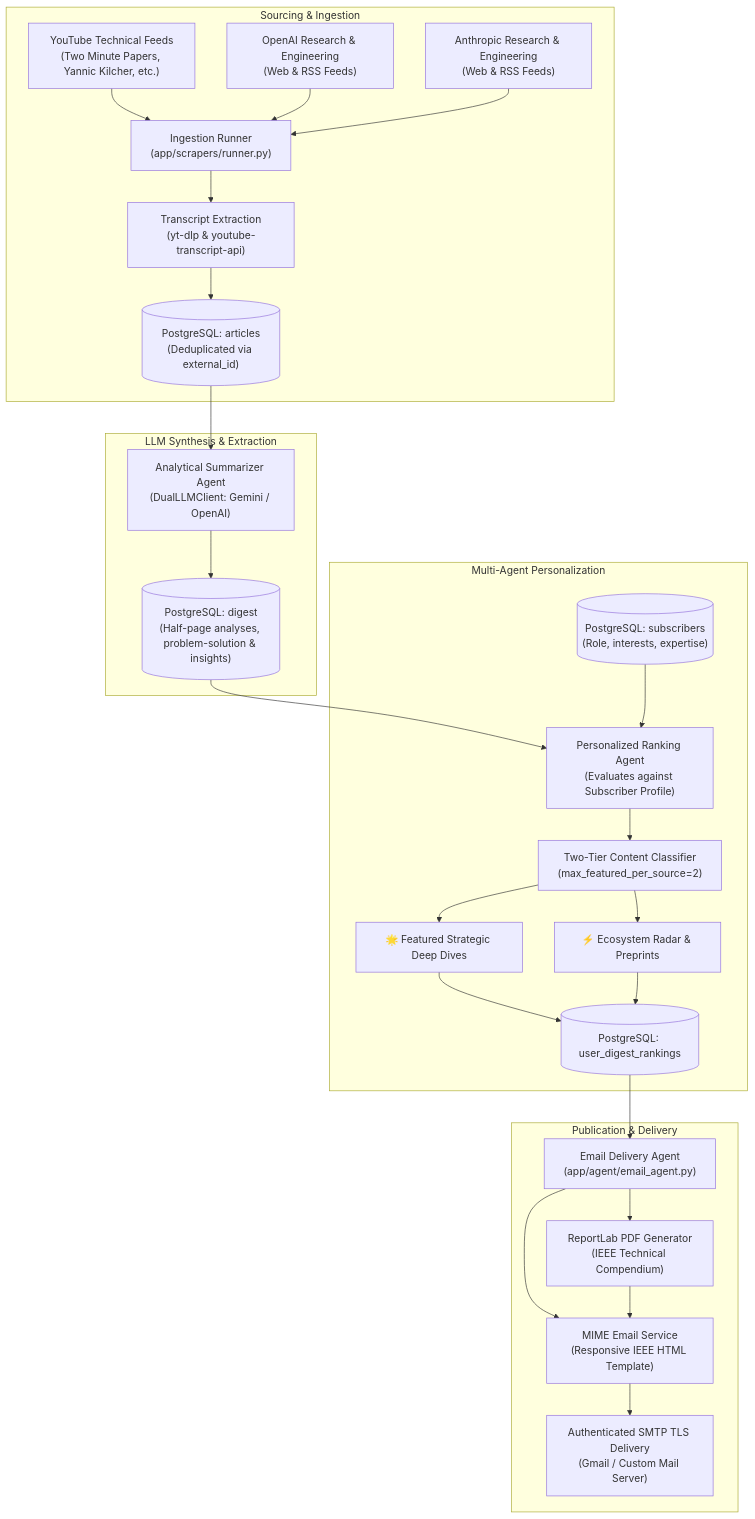
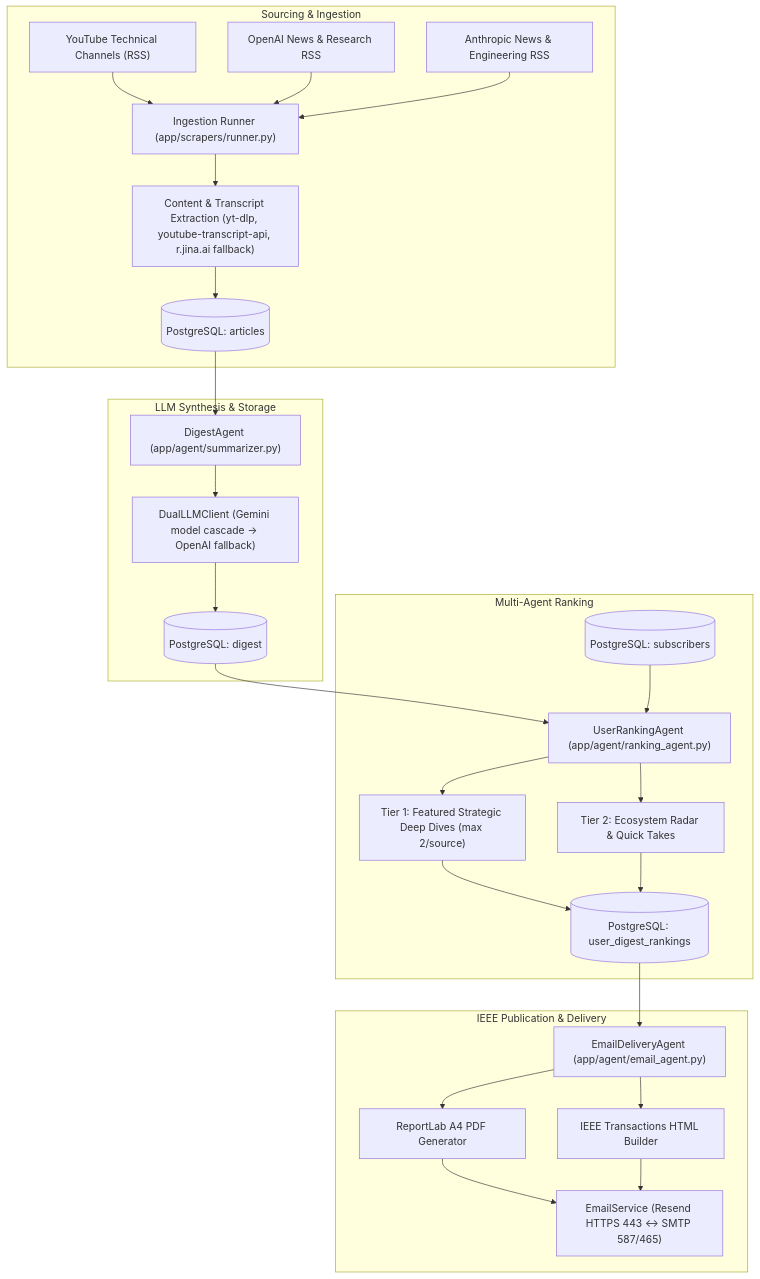
One commit to Dhruv-Chugh/AI-research-aggregator changed the diagram in README.md. Above: the diagram before and after it, drawn with Mermaid. The commit also changed other lines of this file and 14 other files, not shown here.

Commit message:
chore: sanitize PII, mask public portal email, add 429 cascade, and overhaul README

````diff
--- a/README.md
+++ b/README.md
@@ -35,33 +37,33 @@
 ```mermaid
 flowchart TD
-    subgraph Sourcing & Ingestion
-        YT["YouTube Technical Feeds<br/>(Two Minute Papers, Yannic Kilcher, etc.)"] --> Runner["Ingestion Runner<br/>(app/scrapers/runner.py)"]
-        OA["OpenAI Research & Engineering<br/>(Web & RSS Feeds)"] --> Runner
-        ANT["Anthropic Research & Engineering<br/>(Web & RSS Feeds)"] --> Runner
-        Runner --> Transcripts["Transcript Extraction<br/>(yt-dlp & youtube-transcript-api)"]
-        Transcripts --> ArticlesDB[("PostgreSQL: articles<br/>(Deduplicated via external_id)")]
+    subgraph Ingestion["Sourcing & Ingestion"]
+        YT["YouTube Technical Channels (RSS)"] --> Runner["Ingestion Runner (app/scrapers/runner.py)"]
+        OA["OpenAI News & Research RSS"] --> Runner
+        ANT["Anthropic News & Engineering RSS"] --> Runner
+        Runner --> Extract["Content & Transcript Extraction (yt-dlp, youtube-transcript-api, r.jina.ai fallback)"]
+        Extract --> ArticlesDB[("PostgreSQL: articles")]
     end
 
-    subgraph LLM Synthesis & Extraction
-        ArticlesDB --> SummarizerAgent["Analytical Summarizer Agent<br/>(DualLLMClient: Gemini / OpenAI)"]
-        SummarizerAgent --> DigestDB[("PostgreSQL: digest<br/>(Half-page analyses, problem-solution & insights)")]
+    subgraph Synthesis["LLM Synthesis & Storage"]
+        ArticlesDB --> Summarizer["DigestAgent (app/agent/summarizer.py)"]
+        Summarizer --> Gemini["DualLLMClient (Gemini model cascade -> OpenAI fallback)"]
+        Gemini --> DigestDB[("PostgreSQL: digest")]
     end
 
-    subgraph Multi-Agent Personalization
-        DigestDB --> UserRankingAgent["Personalized Ranking Agent<br/>(Evaluates against Subscriber Profile)"]
-        SubscribersDB[("PostgreSQL: subscribers<br/>(Role, interests, expertise)")] --> UserRankingAgent
-        UserRankingAgent --> Classifier["Two-Tier Content Classifier<br/>(max_featured_per_source=2)"]
-        Classifier --> Tier1["🌟 Featured Strategic Deep Dives"]
-        Classifier --> Tier2["⚡ Ecosystem Radar & Preprints"]
-        Tier1 --> UserRankingsDB[("PostgreSQL: user_digest_rankings")]
-        Tier2 --> UserRankingsDB
+    subgraph Personalization["Multi-Agent Ranking"]
+        DigestDB --> Ranker["UserRankingAgent (app/agent/ranking_agent.py)"]
+        SubDB[("PostgreSQL: subscribers")] --> Ranker
+        Ranker --> Tier1["Tier 1: Featured Strategic Deep Dives (max 2/source)"]
+        Ranker --> Tier2["Tier 2: Ecosystem Radar & Quick Takes"]
+        Tier1 --> RankingsDB[("PostgreSQL: user_digest_rankings")]
+        Tier2 --> RankingsDB
     end
 
-    subgraph Publication & Delivery
-        UserRankingsDB --> EmailDeliveryAgent["Email Delivery Agent<br/>(app/agent/email_agent.py)"]
-        EmailDeliveryAgent --> PDFGen["ReportLab PDF Generator<br/>(IEEE Technical Compendium)"]
-        EmailDeliveryAgent --> EmailSvc["MIME Email Service<br/>(Responsive IEEE HTML Template)"]
-        PDFGen --> EmailSvc
-        EmailSvc --> SMTP["Authenticated SMTP TLS Delivery<br/>(Gmail / Custom Mail Server)"]
+    subgraph Delivery["IEEE Publication & Delivery"]
+        RankingsDB --> EmailAgent["EmailDeliveryAgent (app/agent/email_agent.py)"]
+        EmailAgent --> PDF["ReportLab A4 PDF Generator"]
+        EmailAgent --> HTML["IEEE Transactions HTML Builder"]
+        PDF --> EmailSvc["EmailService (Resend HTTPS 443 <-> SMTP 587/465)"]
+        HTML --> EmailSvc
     end
 ```
````
